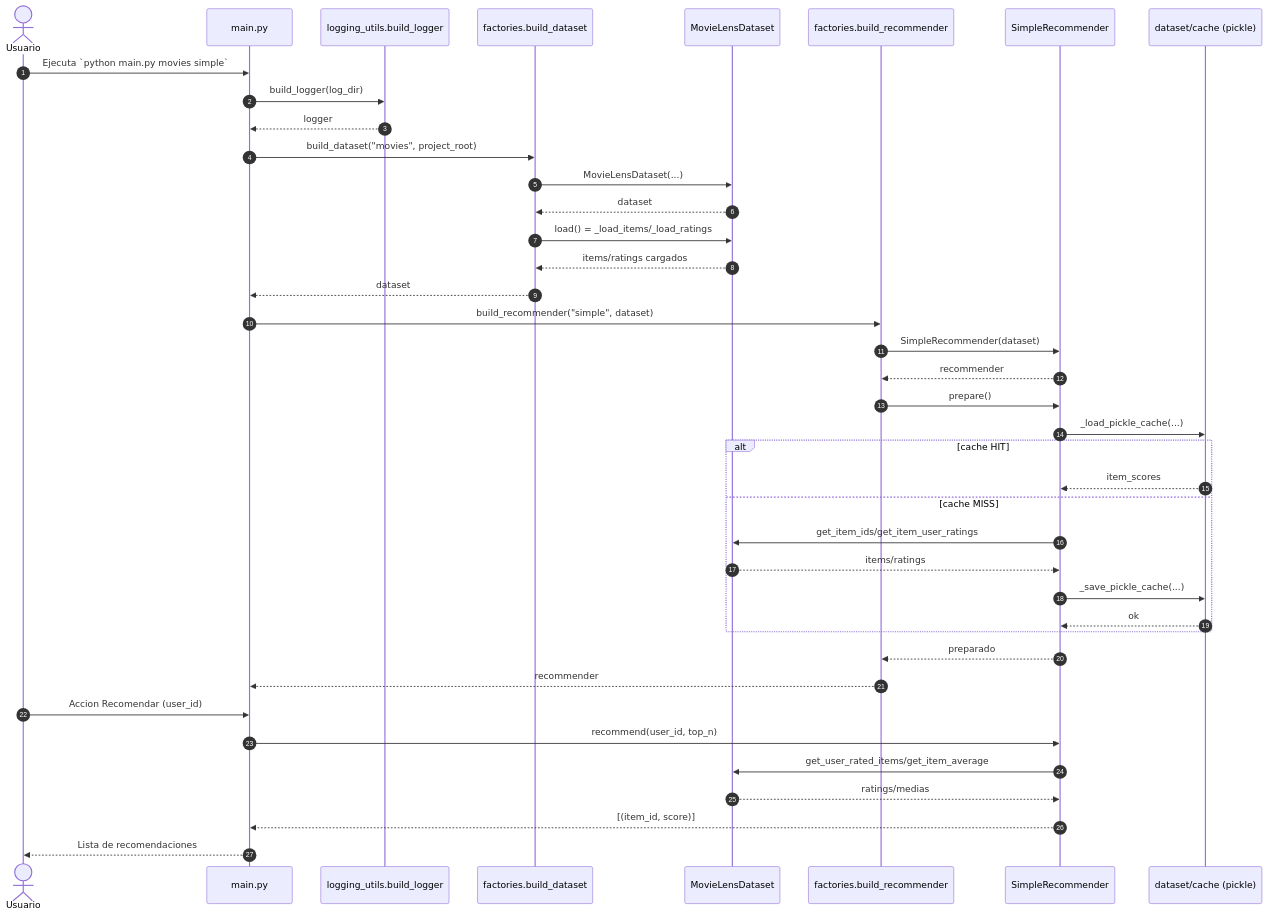
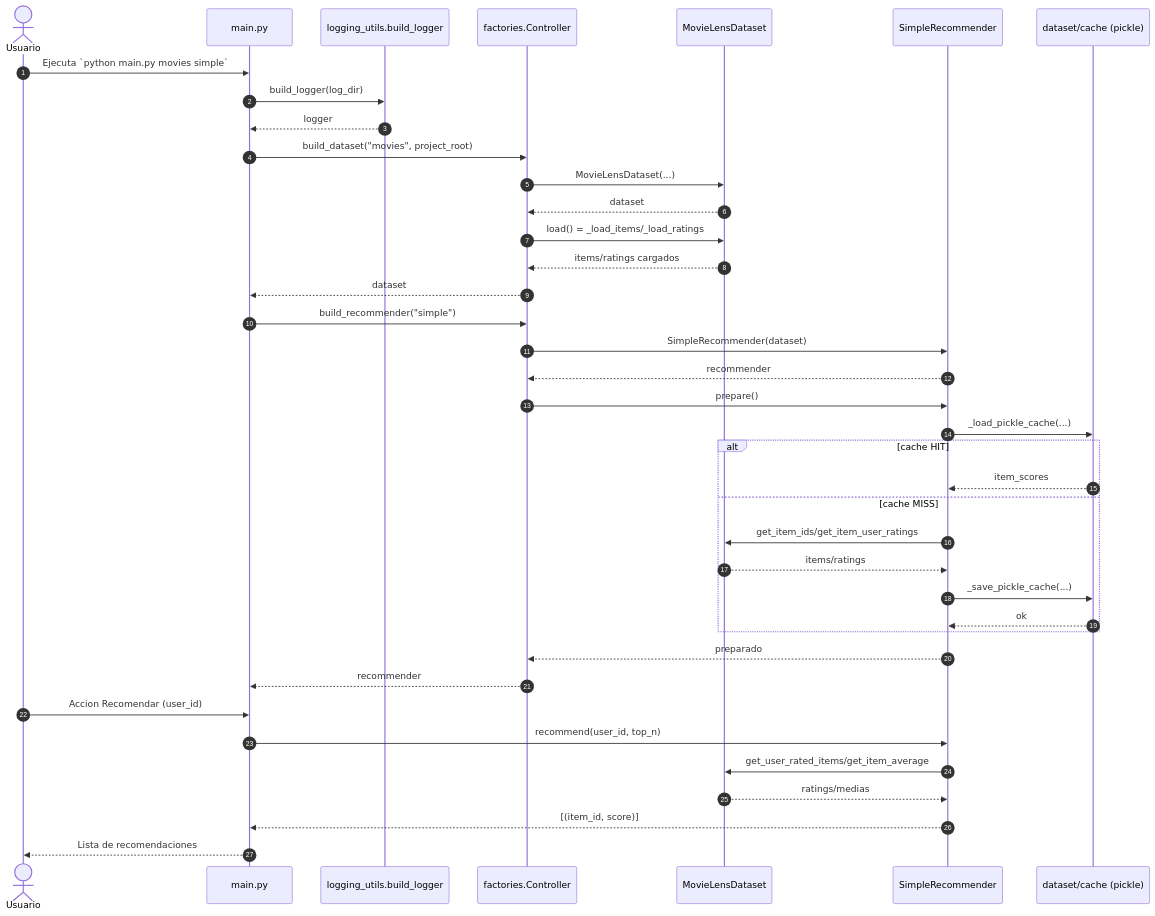
Before and after one commit to Braisfabrega/modular-recommender: the fifth of 7 diagrams in README.md, drawn with Mermaid. The commit also changed other lines of this file and 2 other files, not shown here.

Commit message:
fis: controller implementation

````diff
--- a/README.md
+++ b/README.md
@@ -299,43 +305,42 @@
 ```mermaid
 sequenceDiagram
   autonumber
   actor Usuario
   participant Main as main.py
   participant Logger as logging_utils.build_logger
-  participant Factory as factories.build_dataset
+  participant Controller as factories.Controller
   participant Dataset as MovieLensDataset
-  participant RecFactory as factories.build_recommender
   participant Recommender as SimpleRecommender
   participant Cache as dataset/cache (pickle)
 
   Usuario->>Main: Ejecuta `python main.py movies simple`
   Main->>Logger: build_logger(log_dir)
   Logger-->>Main: logger
-  Main->>Factory: build_dataset("movies", project_root)
-  Factory->>Dataset: MovieLensDataset(...)
-  Dataset-->>Factory: dataset
-  Factory->>Dataset: load() = _load_items/_load_ratings
-  Dataset-->>Factory: items/ratings cargados
-  Factory-->>Main: dataset
-  Main->>RecFactory: build_recommender("simple", dataset)
-  RecFactory->>Recommender: SimpleRecommender(dataset)
-  Recommender-->>RecFactory: recommender
-  RecFactory->>Recommender: prepare()
+  Main->>Controller: build_dataset("movies", project_root)
+  Controller->>Dataset: MovieLensDataset(...)
+  Dataset-->>Controller: dataset
+  Controller->>Dataset: load() = _load_items/_load_ratings
+  Dataset-->>Controller: items/ratings cargados
+  Controller-->>Main: dataset
+  Main->>Controller: build_recommender("simple")
+  Controller->>Recommender: SimpleRecommender(dataset)
+  Recommender-->>Controller: recommender
+  Controller->>Recommender: prepare()
   Recommender->>Cache: _load_pickle_cache(...)
   alt cache HIT
     Cache-->>Recommender: item_scores
   else cache MISS
     Recommender->>Dataset: get_item_ids/get_item_user_ratings
     Dataset-->>Recommender: items/ratings
     Recommender->>Cache: _save_pickle_cache(...)
     Cache-->>Recommender: ok
   end
-  Recommender-->>RecFactory: preparado
-  RecFactory-->>Main: recommender
+  Recommender-->>Controller: preparado
+  Controller-->>Main: recommender
   Usuario->>Main: Accion Recomendar (user_id)
   Main->>Recommender: recommend(user_id, top_n)
   Recommender->>Dataset: get_user_rated_items/get_item_average
   Dataset-->>Recommender: ratings/medias
   Recommender-->>Main: [(item_id, score)]
   Main-->>Usuario: Lista de recomendaciones
 ```
````
